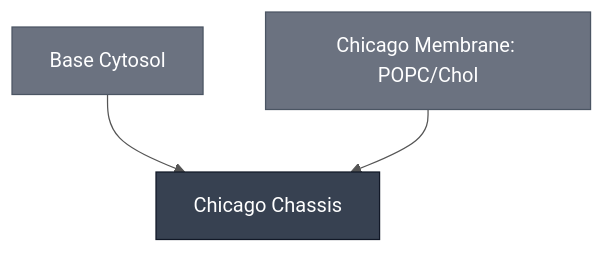
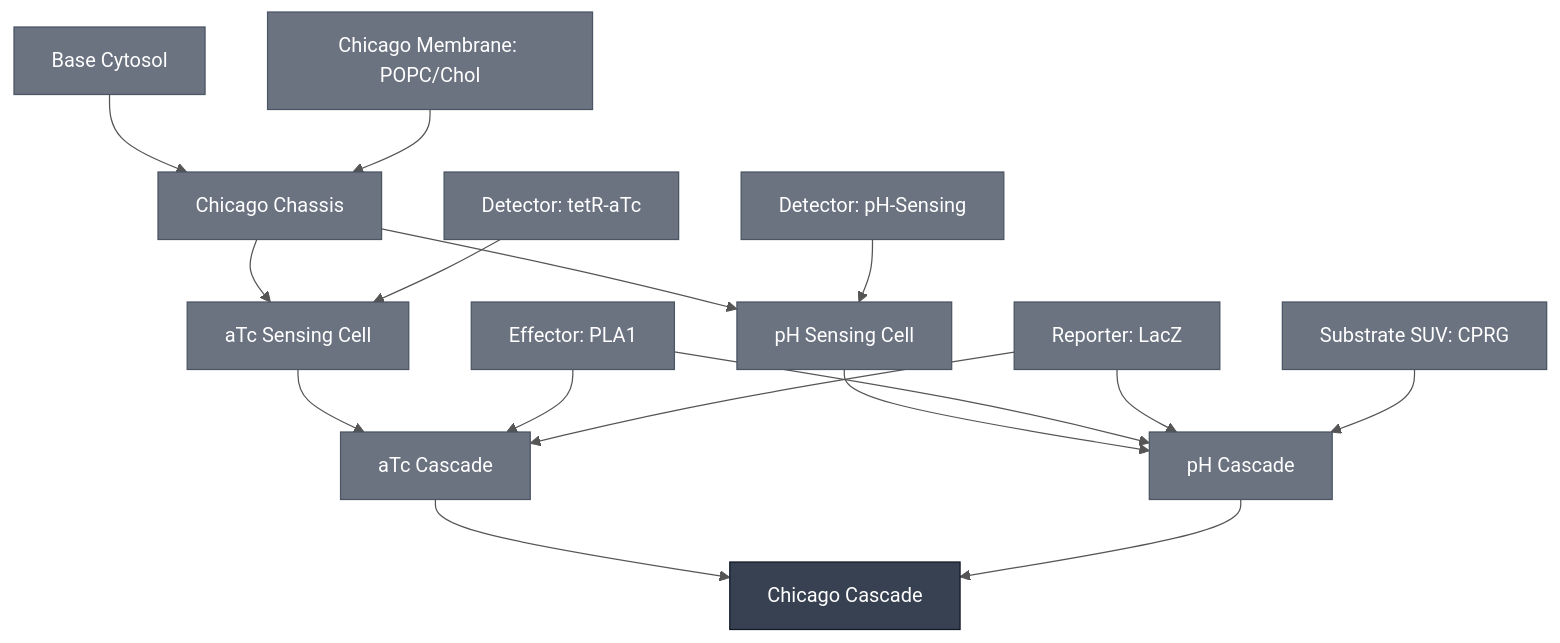
One commit to nucleus-eng/nucleus-devnote-archive-1 changed the diagram in devnotes/devstudio/assets/chicago-module-dependencies.md. Above: the diagram before and after it, drawn with Mermaid. The commit also changed other lines of this file, not shown here.

Commit message:
Update Chicago diagram to full Cascade dependency graph
Replaces the simplified Chassis-only diagram with the complete Chicago
Cascade diagram including aTc and pH sensing cascades. Removes click
hyperlink directives.

````diff
--- a/devnotes/devstudio/assets/chicago-module-dependencies.md
+++ b/devnotes/devstudio/assets/chicago-module-dependencies.md
@@ -3,15 +3,38 @@
 ```mermaid
 %%{init: {'theme': 'base', 'themeVariables': {'lineColor': '#555555', 'edgeLabelBackground': '#ffffff'}}}%%
 flowchart TD
+    ATC_CASCADE["aTc Cascade"]
+    ATC_SENSING_CELL["aTc Sensing Cell"]
     BASE_CYTOSOL["Base Cytosol"]
+    CHICAGO_CASCADE["Chicago Cascade"]
     CHICAGO_CHASSIS["Chicago Chassis"]
+    DETECTOR_PH["Detector: pH-Sensing"]
+    DETECTOR_TETR_ATC["Detector: tetR-aTc"]
+    EFFECTOR_PLA1["Effector: PLA1"]
     MEMBRANE_POPC_CHOL_CHICAGO["Chicago Membrane: POPC/Chol"]
+    PH_CASCADE["pH Cascade"]
+    PH_SENSING_CELL["pH Sensing Cell"]
+    REPORTER_LACZ["Reporter: LacZ"]
+    SUBSTRATE_CPRG_SUV["Substrate SUV: CPRG"]
 
+    ATC_SENSING_CELL --> ATC_CASCADE
+    EFFECTOR_PLA1 --> ATC_CASCADE
+    REPORTER_LACZ --> ATC_CASCADE
+    CHICAGO_CHASSIS --> ATC_SENSING_CELL
+    DETECTOR_TETR_ATC --> ATC_SENSING_CELL
+    ATC_CASCADE --> CHICAGO_CASCADE
+    PH_CASCADE --> CHICAGO_CASCADE
     BASE_CYTOSOL --> CHICAGO_CHASSIS
     MEMBRANE_POPC_CHOL_CHICAGO --> CHICAGO_CHASSIS
+    PH_SENSING_CELL --> PH_CASCADE
+    EFFECTOR_PLA1 --> PH_CASCADE
+    REPORTER_LACZ --> PH_CASCADE
+    SUBSTRATE_CPRG_SUV --> PH_CASCADE
+    CHICAGO_CHASSIS --> PH_SENSING_CELL
+    DETECTOR_PH --> PH_SENSING_CELL
 
     classDef constituent fill:#6B7280,color:#ffffff,stroke:#4B5563;
     classDef this fill:#374151,color:#ffffff,stroke:#111827;
-    class BASE_CYTOSOL,MEMBRANE_POPC_CHOL_CHICAGO constituent;
-    class CHICAGO_CHASSIS this;
+    class ATC_CASCADE,ATC_SENSING_CELL,BASE_CYTOSOL,CHICAGO_CHASSIS,DETECTOR_PH,DETECTOR_TETR_ATC,EFFECTOR_PLA1,MEMBRANE_POPC_CHOL_CHICAGO,PH_CASCADE,PH_SENSING_CELL,REPORTER_LACZ,SUBSTRATE_CPRG_SUV constituent;
+    class CHICAGO_CASCADE this;
 ```
````
